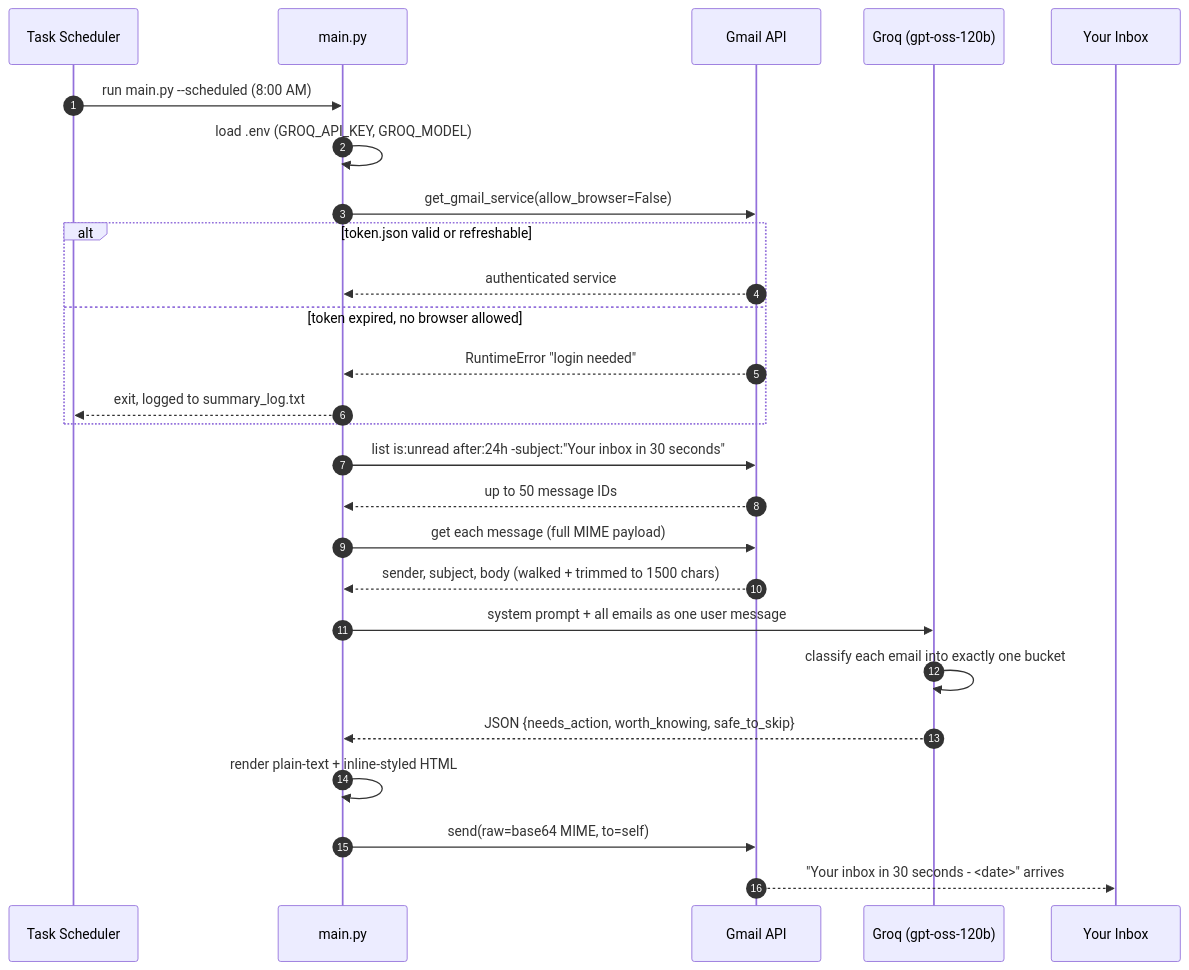
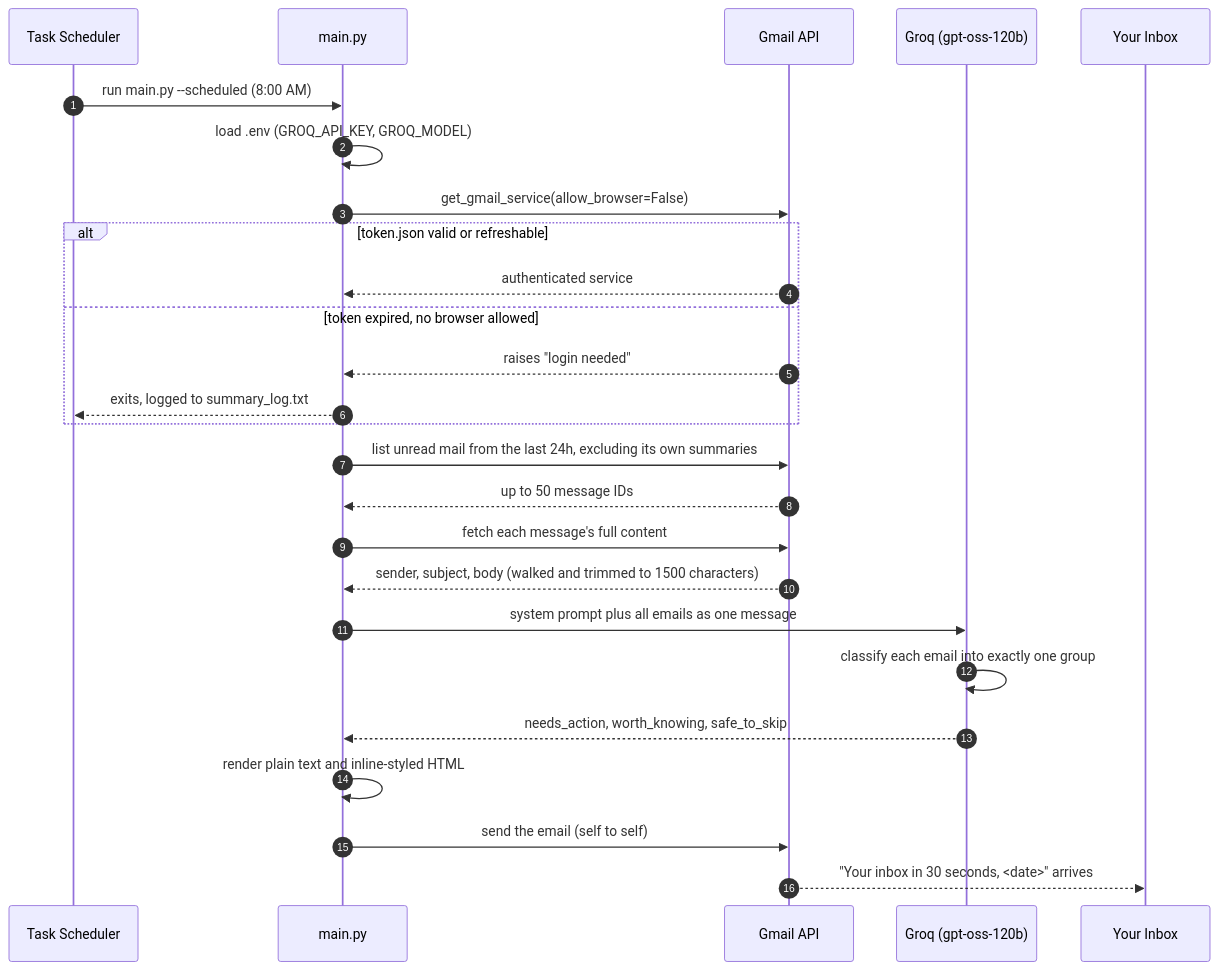
One commit to buildwithranvir/gmail-ai-summarizer changed the third of 4 diagrams in README.md. Above: the diagram before and after it, drawn with Mermaid. The commit also changed other lines of this file, not shown here.

Commit message:
Rewrite README in plain language, drop emojis and em dashes

````diff
--- a/README.md
+++ b/README.md
@@ -153,29 +153,29 @@
 ```mermaid
 sequenceDiagram
     autonumber
     participant TS as Task Scheduler
     participant M as main.py
     participant GA as Gmail API
     participant AI as Groq (gpt-oss-120b)
     participant You as Your Inbox
 
     TS->>M: run main.py --scheduled (8:00 AM)
     M->>M: load .env (GROQ_API_KEY, GROQ_MODEL)
     M->>GA: get_gmail_service(allow_browser=False)
     alt token.json valid or refreshable
         GA-->>M: authenticated service
     else token expired, no browser allowed
-        GA-->>M: RuntimeError "login needed"
-        M-->>TS: exit, logged to summary_log.txt
+        GA-->>M: raises "login needed"
+        M-->>TS: exits, logged to summary_log.txt
     end
-    M->>GA: list is:unread after:24h -subject:"Your inbox in 30 seconds"
+    M->>GA: list unread mail from the last 24h, excluding its own summaries
     GA-->>M: up to 50 message IDs
-    M->>GA: get each message (full MIME payload)
-    GA-->>M: sender, subject, body (walked + trimmed to 1500 chars)
-    M->>AI: system prompt + all emails as one user message
-    AI->>AI: classify each email into exactly one bucket
-    AI-->>M: JSON {needs_action, worth_knowing, safe_to_skip}
-    M->>M: render plain-text + inline-styled HTML
-    M->>GA: send(raw=base64 MIME, to=self)
-    GA-->>You: "Your inbox in 30 seconds - <date>" arrives
+    M->>GA: fetch each message's full content
+    GA-->>M: sender, subject, body (walked and trimmed to 1500 characters)
+    M->>AI: system prompt plus all emails as one message
+    AI->>AI: classify each email into exactly one group
+    AI-->>M: needs_action, worth_knowing, safe_to_skip
+    M->>M: render plain text and inline-styled HTML
+    M->>GA: send the email (self to self)
+    GA-->>You: "Your inbox in 30 seconds, <date>" arrives
 ```
````
